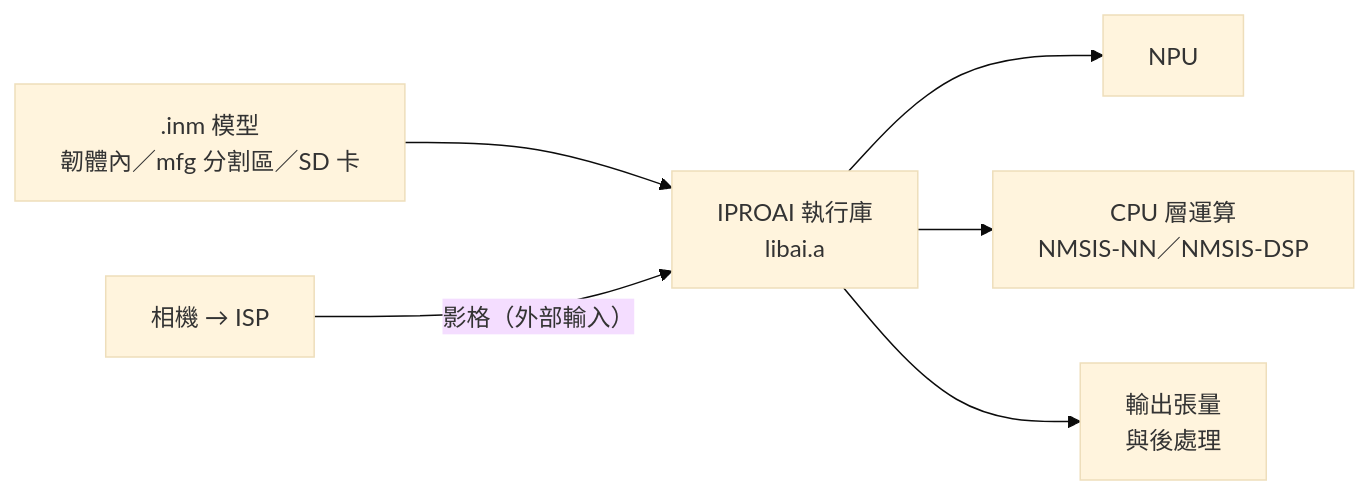
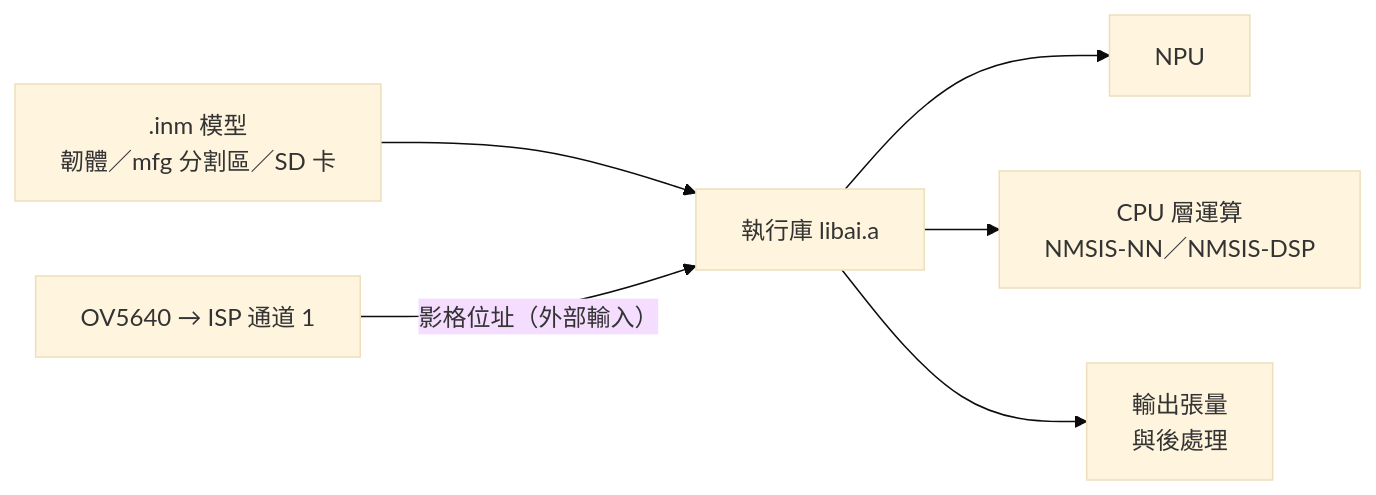
Before and after one commit to INTELPRO-INC/ipro-sdk-docs: the diagram in docs/zh/guides/ai-npu.md, drawn with Mermaid (base theme). The commit also changed other lines of this file and 182 other files, not shown here.

````diff
--- a/docs/zh/guides/ai-npu.md
+++ b/docs/zh/guides/ai-npu.md
@@ -20,8 +20,8 @@
 ```mermaid
 flowchart LR
-  M[".inm 模型<br/>韌體內／mfg 分割區／SD 卡"] --> R["IPROAI 執行庫<br/>libai.a"]
-  C["相機 → ISP"] -->|"影格（外部輸入）"| R
+  M[".inm 模型<br/>韌體／mfg 分割區／SD 卡"] --> R["執行庫 libai.a"]
+  C["OV5640 → ISP 通道 1"] -->|"影格位址（外部輸入）"| R
   R --> N["NPU"]
   R --> P["CPU 層運算<br/>NMSIS-NN／NMSIS-DSP"]
   R --> O["輸出張量<br/>與後處理"]
 ```
````
